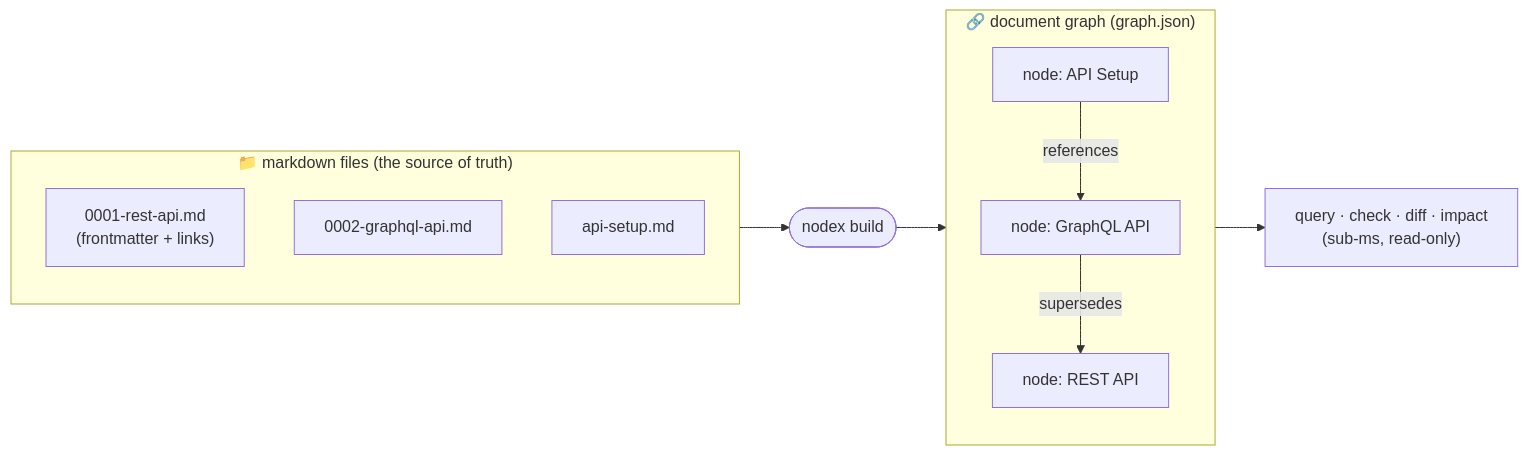
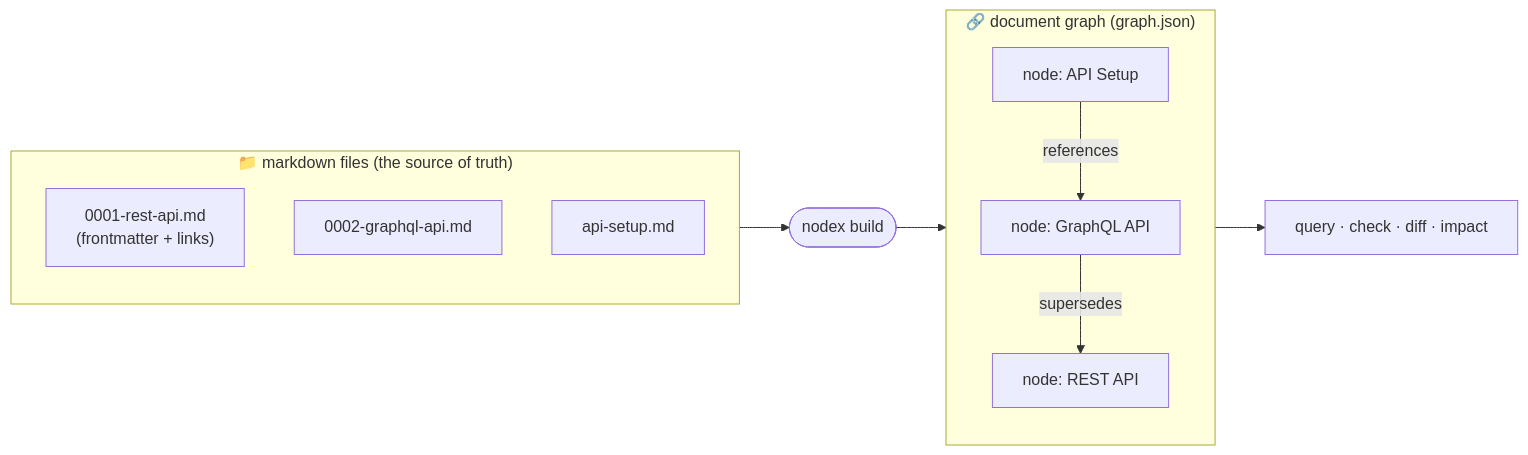
The second of 3 diagrams in README.md (junyeong-ai/nodex), drawn with Mermaid before and after one commit. The commit also changed other lines of this file and 2 other files, not shown here.

````diff
--- a/README.md
+++ b/README.md
@@ -263,20 +261,20 @@
 ```mermaid
 flowchart LR
   subgraph FS["📁 markdown files (the source of truth)"]
     direction TB
     f1["0001-rest-api.md<br/>(frontmatter + links)"]
     f2["0002-graphql-api.md"]
     f3["api-setup.md"]
   end
   build(["nodex build"])
   subgraph GR["🔗 document graph (graph.json)"]
     direction TB
     n1["node: REST API"]
     n2["node: GraphQL API"]
     n3["node: API Setup"]
     n2 -->|supersedes| n1
     n3 -->|references| n2
   end
   FS --> build --> GR
-  GR --> Q["query · check · diff · impact<br/>(sub-ms, read-only)"]
+  GR --> Q["query · check · diff · impact"]
 ```
````
